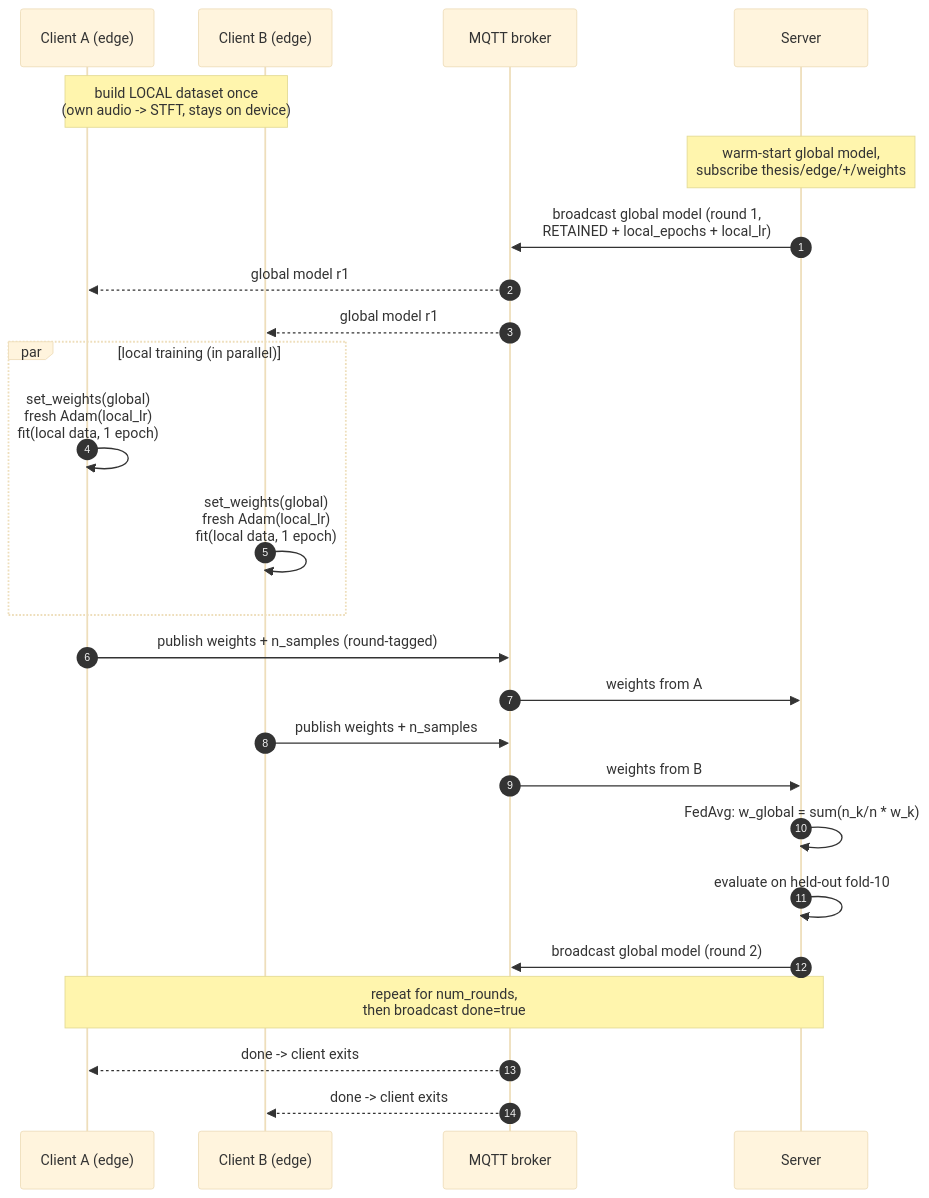
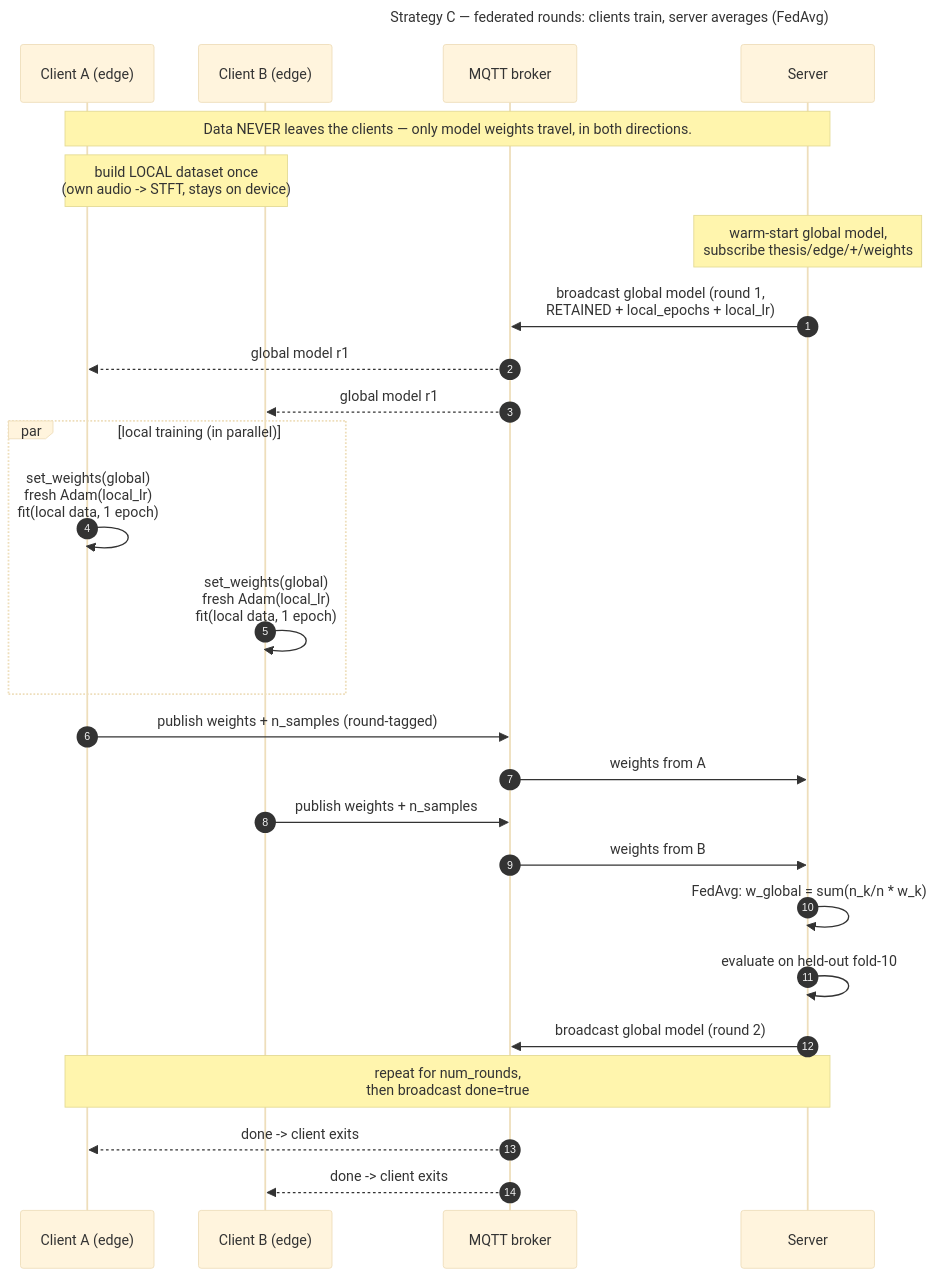
Before and after one commit to Hassananwar12030/edgeComputing: the fourth of 5 diagrams in docs/DIAGRAMS.md, drawn with Mermaid (base theme). The commit also changed other lines of this file, not shown here.

Commit message:
docs: DIAGRAMS.md — add titles/notes in-diagram, fix live-Pi participant aliases, mark A/B broadcast as optional-for-inference

````diff
--- a/docs/DIAGRAMS.md
+++ b/docs/DIAGRAMS.md
@@ -140,33 +151,37 @@
 ```mermaid
+---
+title: "Strategy C — federated rounds: clients train, server averages (FedAvg)"
+---
 sequenceDiagram
     autonumber
     participant CA as Client A (edge)
     participant CB as Client B (edge)
     participant BR as MQTT broker
     participant SV as Server
 
+    Note over CA,SV: Data NEVER leaves the clients — only model weights travel, in both directions.
     Note over CA,CB: build LOCAL dataset once<br/>(own audio -> STFT, stays on device)
     Note over SV: warm-start global model,<br/>subscribe thesis/edge/+/weights
 
     SV->>BR: broadcast global model (round 1,<br/>RETAINED + local_epochs + local_lr)
     BR-->>CA: global model r1
     BR-->>CB: global model r1
 
     par local training (in parallel)
         CA->>CA: set_weights(global)<br/>fresh Adam(local_lr)<br/>fit(local data, 1 epoch)
         CB->>CB: set_weights(global)<br/>fresh Adam(local_lr)<br/>fit(local data, 1 epoch)
     end
 
     CA->>BR: publish weights + n_samples (round-tagged)
     BR->>SV: weights from A
     CB->>BR: publish weights + n_samples
     BR->>SV: weights from B
 
     SV->>SV: FedAvg: w_global = sum(n_k/n * w_k)
     SV->>SV: evaluate on held-out fold-10
     SV->>BR: broadcast global model (round 2)
 
     Note over CA,SV: repeat for num_rounds,<br/>then broadcast done=true
     BR-->>CA: done -> client exits
     BR-->>CB: done -> client exits
 ```
````
